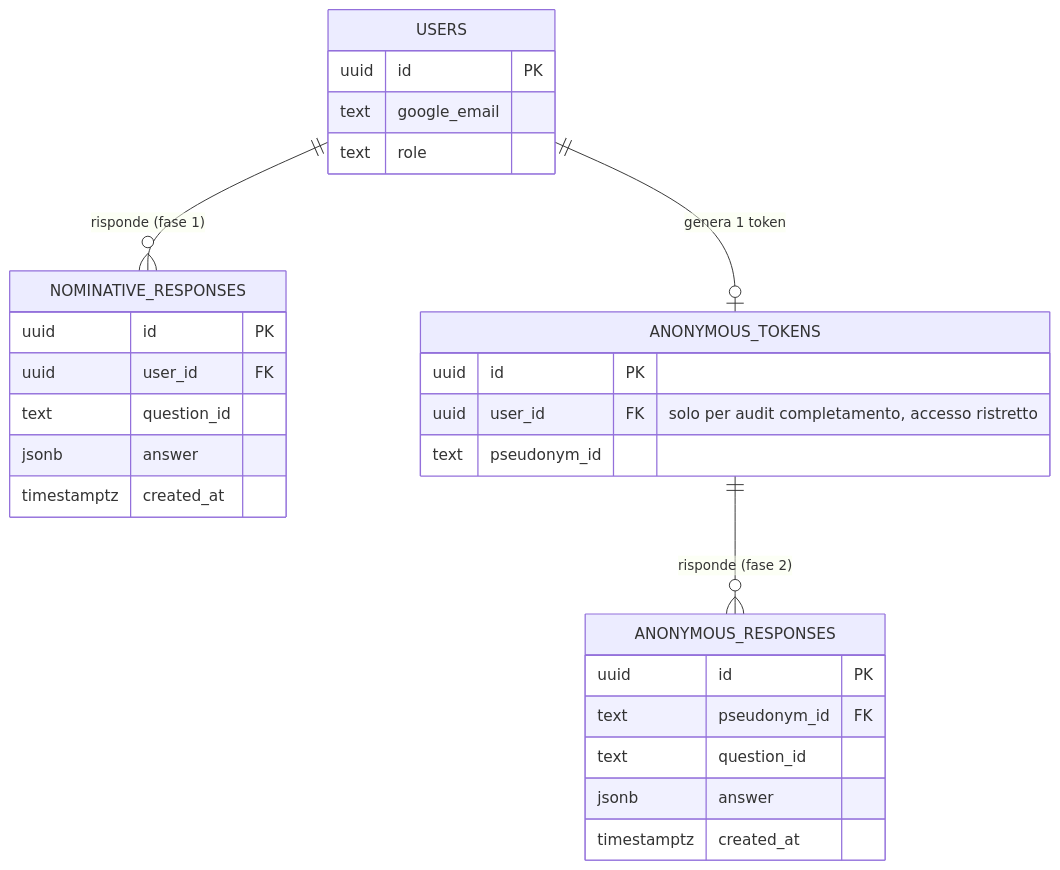
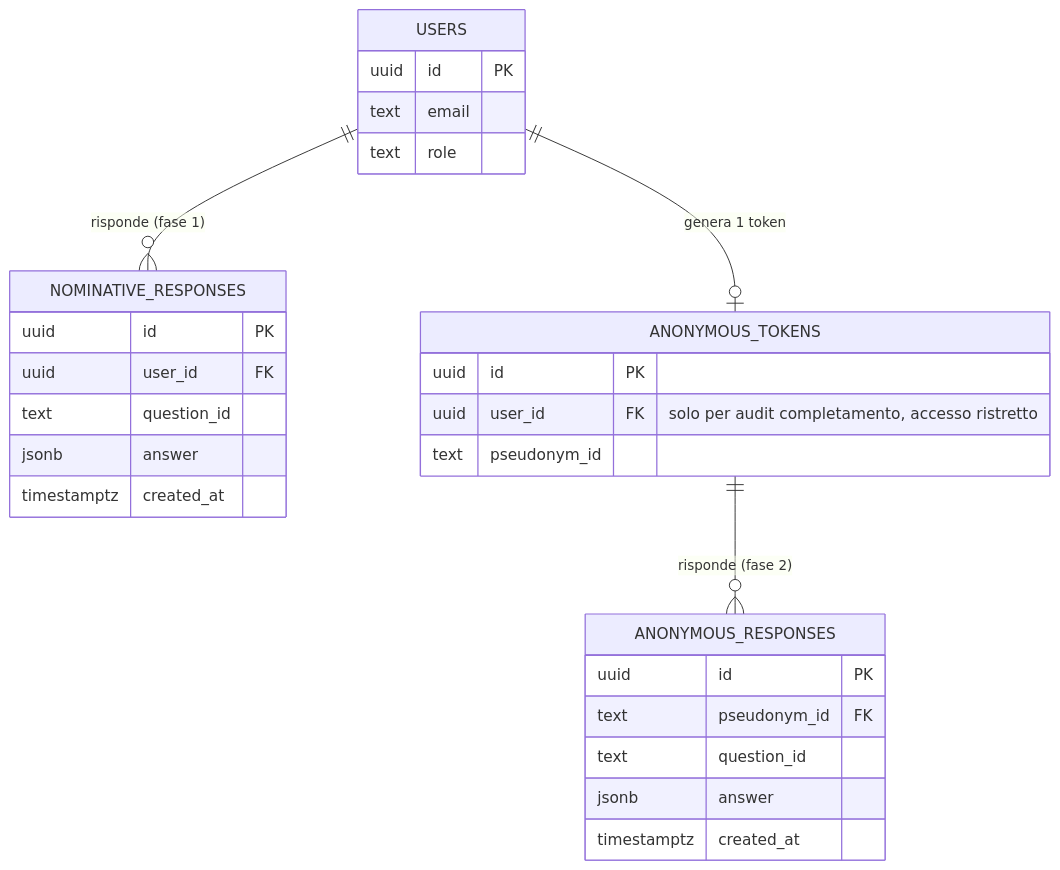
The second of 2 diagrams in docs/architettura-proposta-pilota.md (silviasalzano-source/Open-Listening-Active-Care), drawn with Mermaid before and after one commit. The commit also changed other lines of this file, not shown here.

First line of the commit message:
Sostituisce login Google con username/password per la fase pilota

````diff
--- a/docs/architettura-proposta-pilota.md
+++ b/docs/architettura-proposta-pilota.md
@@ -146,31 +158,31 @@
 ```mermaid
 erDiagram
     USERS ||--o{ NOMINATIVE_RESPONSES : "risponde (fase 1)"
     USERS ||--o| ANONYMOUS_TOKENS : "genera 1 token"
     ANONYMOUS_TOKENS ||--o{ ANONYMOUS_RESPONSES : "risponde (fase 2)"
 
     USERS {
         uuid id PK
-        text google_email
+        text email
         text role
     }
     NOMINATIVE_RESPONSES {
         uuid id PK
         uuid user_id FK
         text question_id
         jsonb answer
         timestamptz created_at
     }
     ANONYMOUS_TOKENS {
         uuid id PK
         uuid user_id FK "solo per audit completamento, accesso ristretto"
         text pseudonym_id
     }
     ANONYMOUS_RESPONSES {
         uuid id PK
         text pseudonym_id FK
         text question_id
         jsonb answer
         timestamptz created_at
     }
 ```
````
